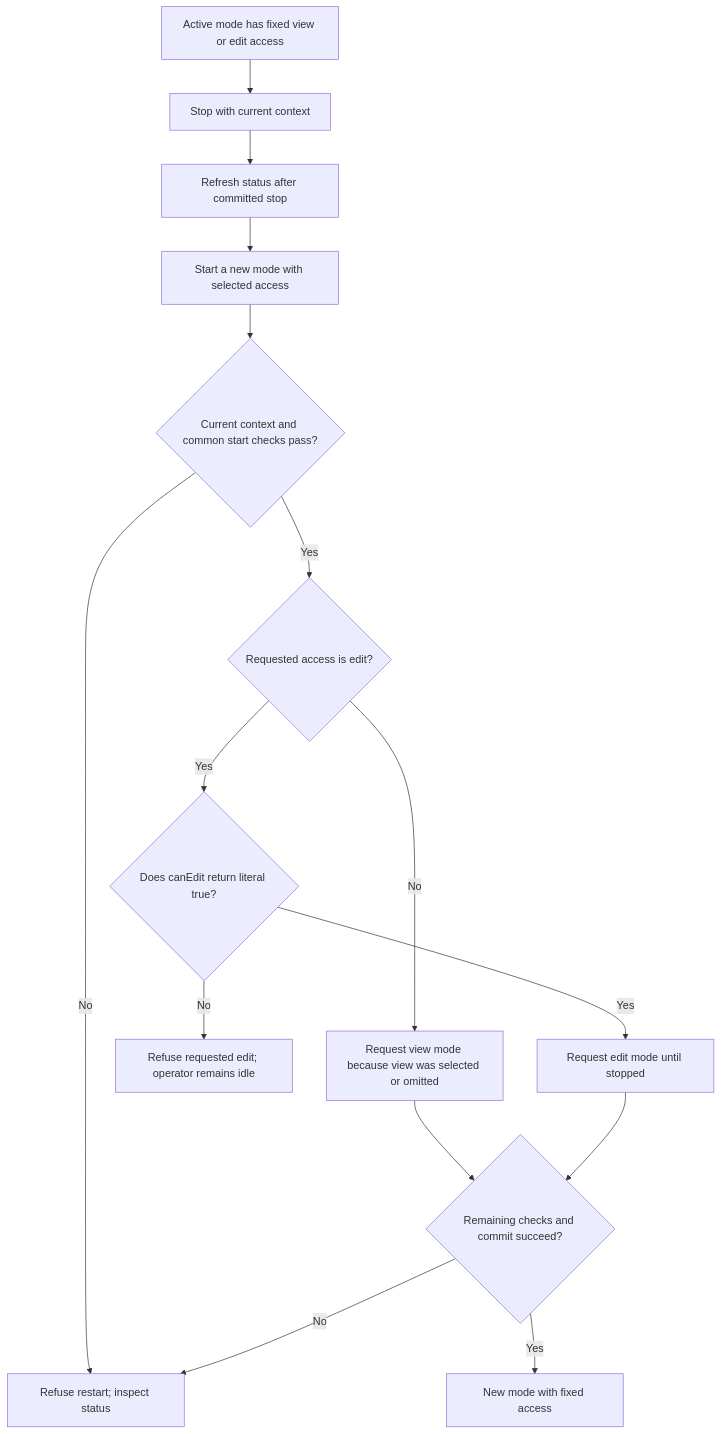
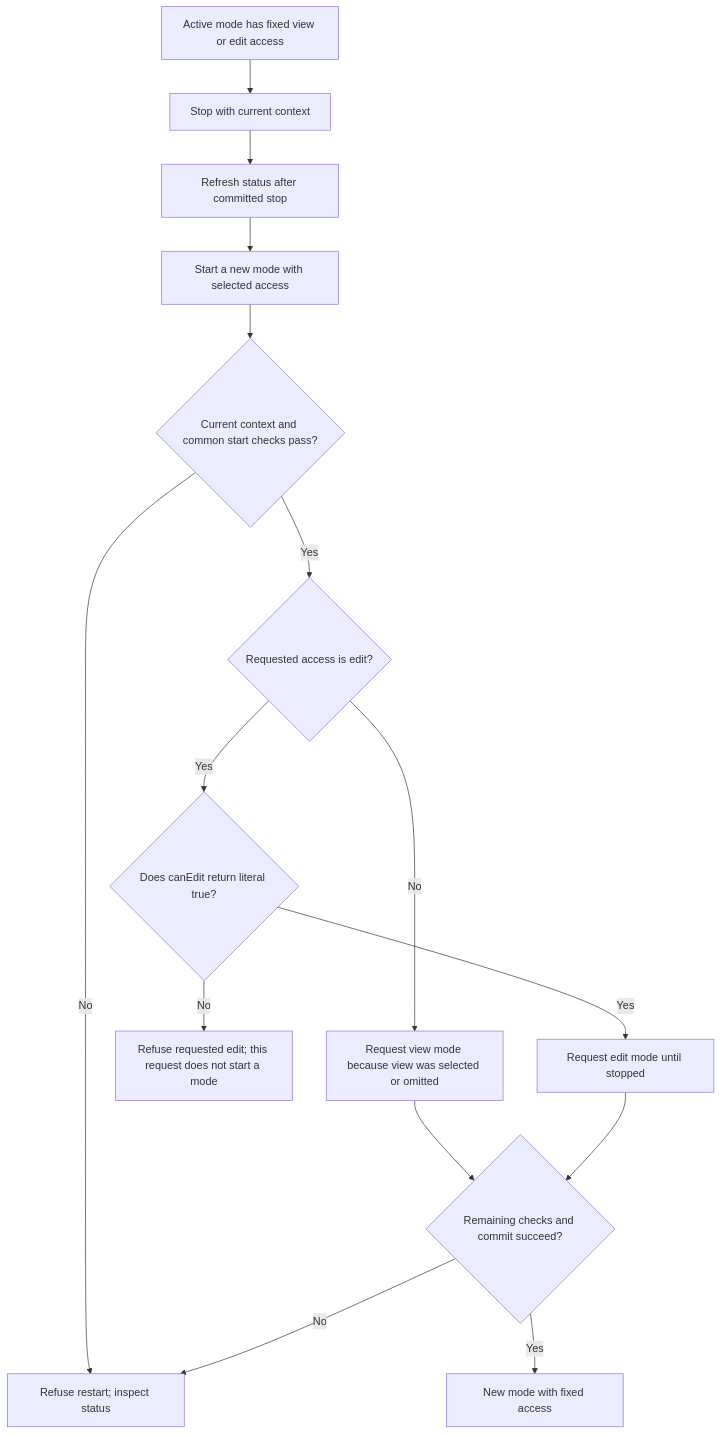
Before and after one commit to Kevinjohn/oss-adonisjs-masquerade: the first of 2 diagrams in user-stories/start-stop-mode/us-actor-05-change-mode-access.md, drawn with Mermaid. The commit also changed other lines of this file and 14 other files, not shown here.

````diff
--- a/user-stories/start-stop-mode/us-actor-05-change-mode-access.md
+++ b/user-stories/start-stop-mode/us-actor-05-change-mode-access.md
@@ -25,17 +25,17 @@
 ```mermaid
 flowchart TD
     A["Active mode has fixed view or edit access"] --> B["Stop with current context"]
     B --> C["Refresh status after committed stop"]
     C --> D["Start a new mode with selected access"]
     D --> Q{"Current context and common start checks pass?"}
     Q -->|No| R["Refuse restart; inspect status"]
     Q -->|Yes| E{"Requested access is edit?"}
     E -->|No| F["Request view mode because view was selected or omitted"]
     E -->|Yes| G{"Does canEdit return literal true?"}
-    G -->|No| H["Refuse requested edit; operator remains idle"]
+    G -->|No| H["Refuse requested edit; this request does not start a mode"]
     G -->|Yes| I["Request edit mode until stopped"]
     F --> X{"Remaining checks and commit succeed?"}
     I --> X
     X -->|Yes| Y["New mode with fixed access"]
     X -->|No| R
 ```
````
